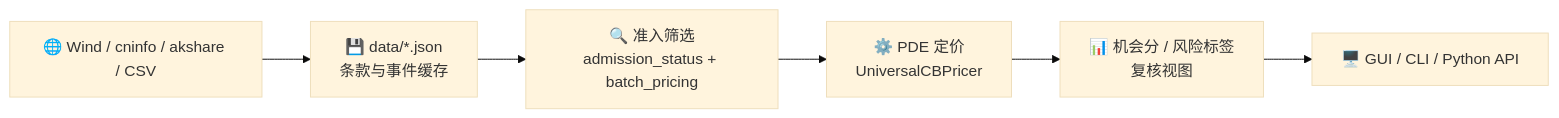
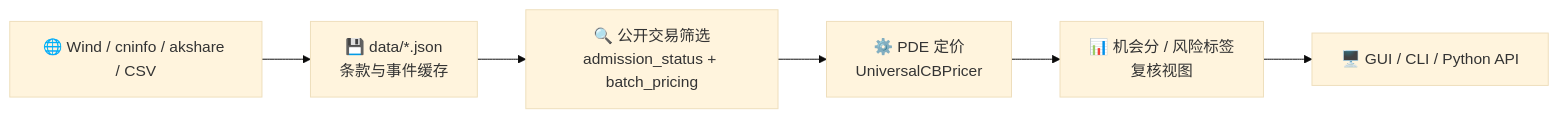
One commit to Grefer/CBLens changed the diagram in README.md. Above: the diagram before and after it, drawn with Mermaid (base theme). The commit also changed other lines of this file and 57 other files, not shown here.

````diff
--- a/README.md
+++ b/README.md
@@ -195,8 +195,8 @@
 ```mermaid
 flowchart LR
     A["🌐 Wind / cninfo / akshare / CSV"] --> B["💾 data/*.json<br/>条款与事件缓存"]
-    B --> C["🔍 准入筛选<br/>admission_status + batch_pricing"]
+    B --> C["🔍 公开交易筛选<br/>admission_status + batch_pricing"]
     C --> D["⚙️ PDE 定价<br/>UniversalCBPricer"]
     D --> E["📊 机会分 / 风险标签<br/>复核视图"]
     E --> F["🖥️ GUI / CLI / Python API"]
 ```
````
